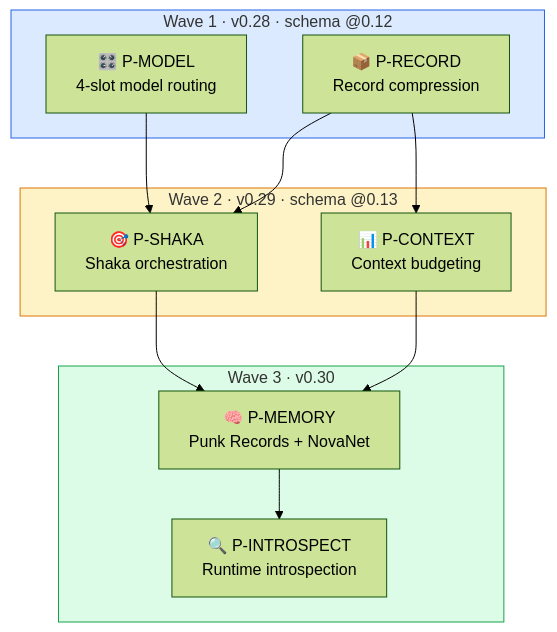
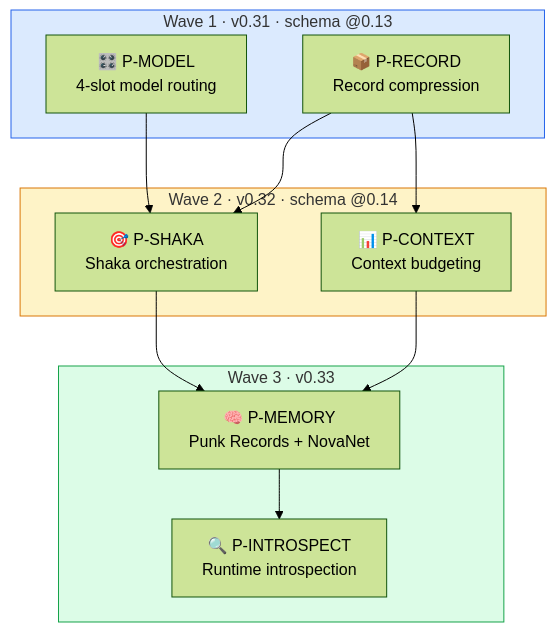
Before and after one commit to supernovae-st/nika: the third of 4 diagrams in tools/nika/docs/brainstorm/nika-evolution/00-README.md, drawn with Mermaid (forest theme). The commit also changed other lines of this file and 35 other files, not shown here.

````diff
--- a/tools/nika/docs/brainstorm/nika-evolution/00-README.md
+++ b/tools/nika/docs/brainstorm/nika-evolution/00-README.md
@@ -123,35 +131,35 @@
 ```mermaid
 flowchart TD
     PM[🎛️ P-MODEL<br/>4-slot model routing]
     PR[📦 P-RECORD<br/>Record compression]
     PS[🎯 P-SHAKA<br/>Shaka orchestration]
     PC[📊 P-CONTEXT<br/>Context budgeting]
     PMEM[🧠 P-MEMORY<br/>Punk Records + NovaNet]
     PI[🔍 P-INTROSPECT<br/>Runtime introspection]
 
     PM --> PS
     PR --> PS
     PR --> PC
     PS --> PMEM
     PC --> PMEM
     PMEM --> PI
 
-    subgraph W1["Wave 1 · v0.28 · schema @0.12"]
+    subgraph W1["Wave 1 · v0.31 · schema @0.13"]
         PM
         PR
     end
 
-    subgraph W2["Wave 2 · v0.29 · schema @0.13"]
+    subgraph W2["Wave 2 · v0.32 · schema @0.14"]
         PS
         PC
     end
 
-    subgraph W3["Wave 3 · v0.30"]
+    subgraph W3["Wave 3 · v0.33"]
         PMEM
         PI
     end
 
     style W1 fill:#dbeafe,stroke:#2563eb
     style W2 fill:#fef3c7,stroke:#d97706
     style W3 fill:#dcfce7,stroke:#16a34a
 ```
````
